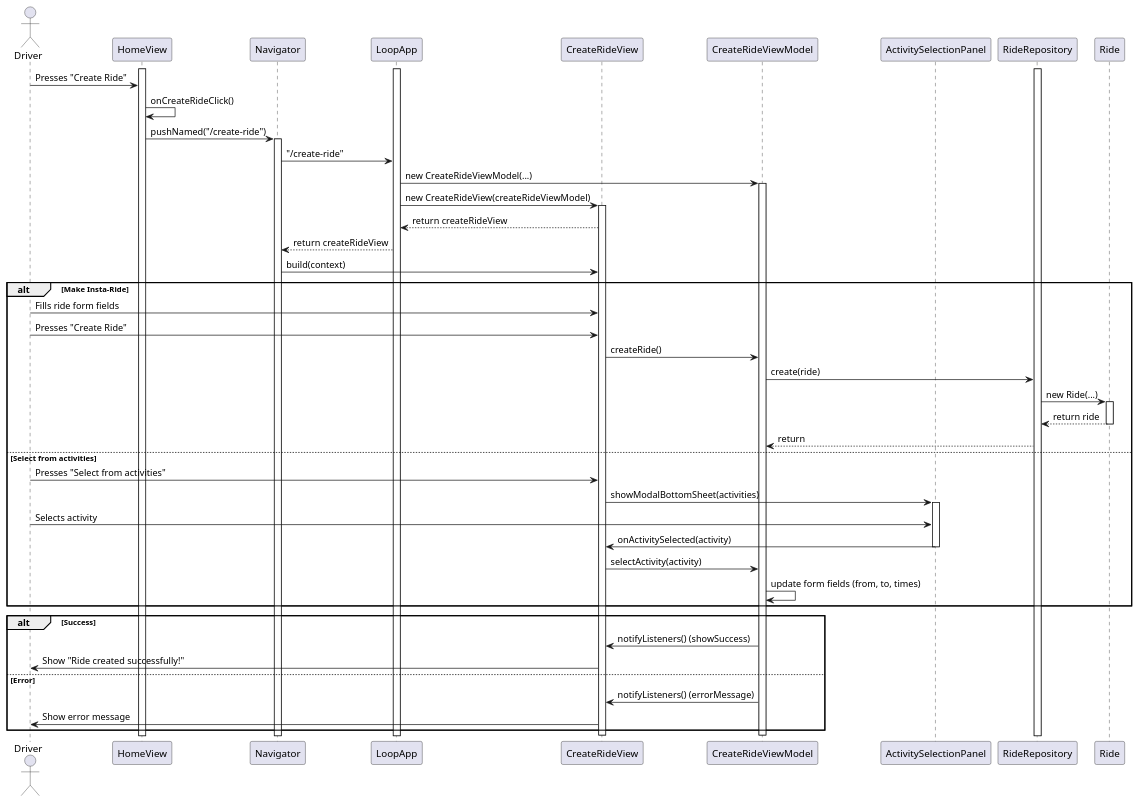
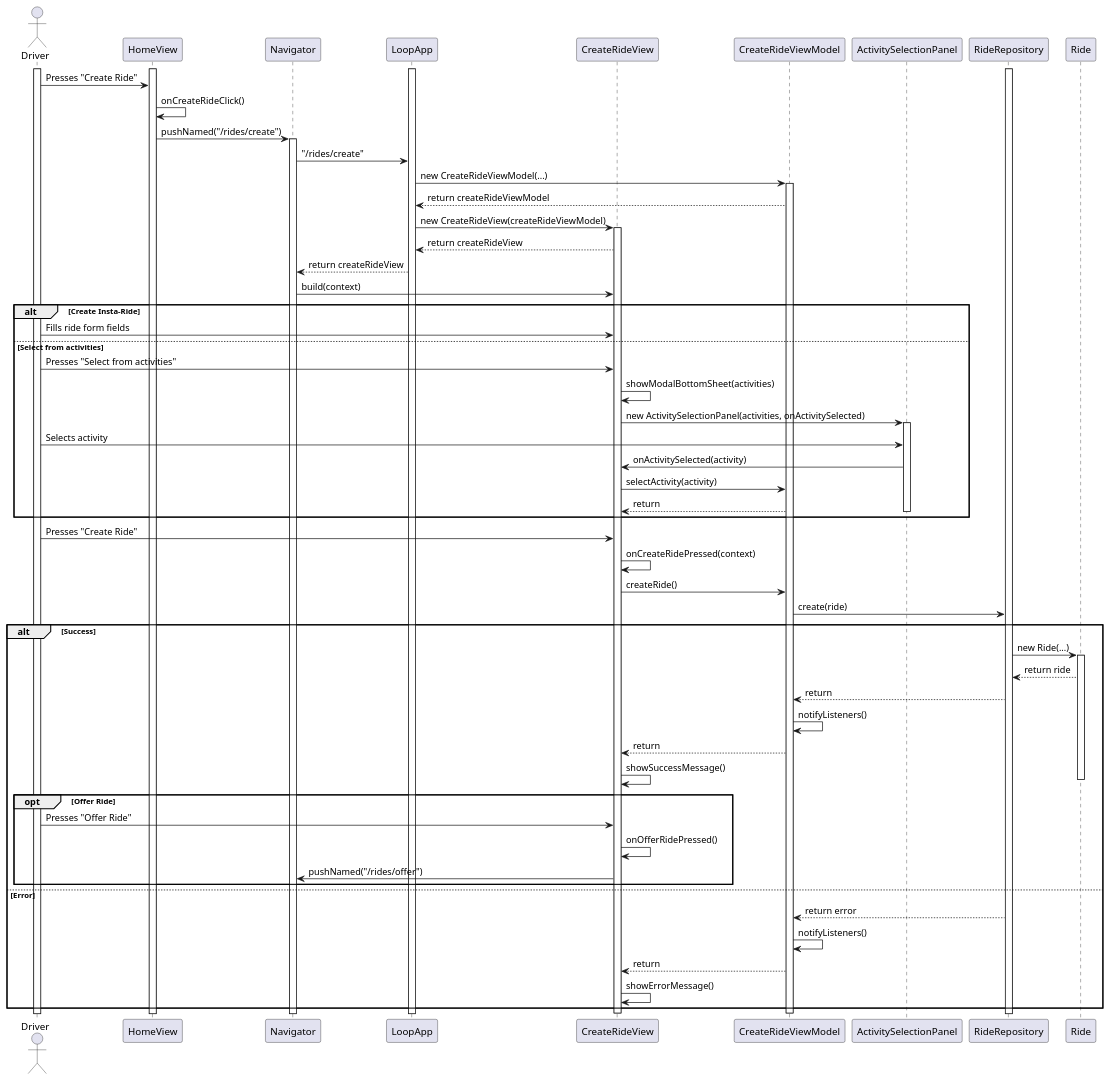
Before and after one commit to YannisRavasopoulos/ProjectSD_S6: the diagram in reports/sequence/create-ride.plantuml, drawn with PlantUML.

Commit message:
Final create ride

```diff
--- a/reports/sequence/create-ride.plantuml
+++ b/reports/sequence/create-ride.plantuml
@@ -1,75 +1,74 @@
 @startuml
 
 actor Driver
 
 participant HomeView
 participant Navigator
 participant LoopApp
 participant CreateRideView
 participant CreateRideViewModel
 participant ActivitySelectionPanel
 participant RideRepository
 
-
+activate Driver
 
 ' Main flow: Driver starts creating a ride
 activate LoopApp
 activate RideRepository
 activate HomeView
 Driver -> HomeView: Presses "Create Ride"
 HomeView -> HomeView: onCreateRideClick()
-HomeView -> Navigator: pushNamed("/create-ride")
+HomeView -> Navigator: pushNamed("/rides/create")
 activate Navigator
-Navigator -> LoopApp: "/create-ride"
+Navigator -> LoopApp: "/rides/create"
 LoopApp -> CreateRideViewModel: new CreateRideViewModel(...)
 activate CreateRideViewModel
+CreateRideViewModel --> LoopApp: return createRideViewModel
 LoopApp -> CreateRideView: new CreateRideView(createRideViewModel)
 activate CreateRideView
 CreateRideView --> LoopApp: return createRideView
 LoopApp --> Navigator: return createRideView
 Navigator -> CreateRideView: build(context)
 
-
-alt Make Insta-Ride
+alt Create Insta-Ride
     Driver -> CreateRideView: Fills ride form fields
-
-    ' Driver confirms creation
-    Driver -> CreateRideView: Presses "Create Ride"
-    CreateRideView -> CreateRideViewModel: createRide()
-    CreateRideViewModel -> RideRepository: create(ride)
-  
-    RideRepository -> Ride: new Ride(...)
-    activate Ride
-    Ride --> RideRepository: return ride
-     deactivate Ride
-    RideRepository --> CreateRideViewModel: return
-   
-  
-
-' Activity selection (alternative flow)
 else Select from activities
     Driver -> CreateRideView: Presses "Select from activities"
-    CreateRideView -> ActivitySelectionPanel: showModalBottomSheet(activities)
+    CreateRideView -> CreateRideView: showModalBottomSheet(activities)
+    CreateRideView -> ActivitySelectionPanel: new ActivitySelectionPanel(activities, onActivitySelected)
     activate ActivitySelectionPanel
     Driver -> ActivitySelectionPanel: Selects activity
     ActivitySelectionPanel -> CreateRideView: onActivitySelected(activity)
+    CreateRideView -> CreateRideViewModel: selectActivity(activity)
+    CreateRideViewModel --> CreateRideView: return
     deactivate ActivitySelectionPanel
-    CreateRideView -> CreateRideViewModel: selectActivity(activity)
-    CreateRideViewModel -> CreateRideViewModel: update form fields (from, to, times)
 end
-
-' Driver fills in the form (from, to, times)
-
-
+Driver -> CreateRideView: Presses "Create Ride"
+CreateRideView -> CreateRideView: onCreateRidePressed(context)
+CreateRideView -> CreateRideViewModel: createRide()
+CreateRideViewModel -> RideRepository: create(ride)
 alt Success
-    CreateRideViewModel -> CreateRideView: notifyListeners() (showSuccess)
-    CreateRideView -> Driver: Show "Ride created successfully!"
+RideRepository -> Ride: new Ride(...)
+activate Ride
+Ride --> RideRepository: return ride
+RideRepository --> CreateRideViewModel: return
+CreateRideViewModel -> CreateRideViewModel: notifyListeners()
+CreateRideViewModel --> CreateRideView: return
+CreateRideView -> CreateRideView: showSuccessMessage()
+deactivate Ride
+opt Offer Ride
+    Driver -> CreateRideView: Presses "Offer Ride"
+    CreateRideView -> CreateRideView: onOfferRidePressed()
+    CreateRideView -> Navigator: pushNamed("/rides/offer")
+end
 else Error
-    CreateRideViewModel -> CreateRideView: notifyListeners() (errorMessage)
-    CreateRideView -> Driver: Show error message
+RideRepository --> CreateRideViewModel: return error
+CreateRideViewModel -> CreateRideViewModel: notifyListeners()
+CreateRideViewModel --> CreateRideView: return
+CreateRideView -> CreateRideView: showErrorMessage()
 end
 
 deactivate CreateRideViewModel
 deactivate CreateRideView
 
 @enduml
```
